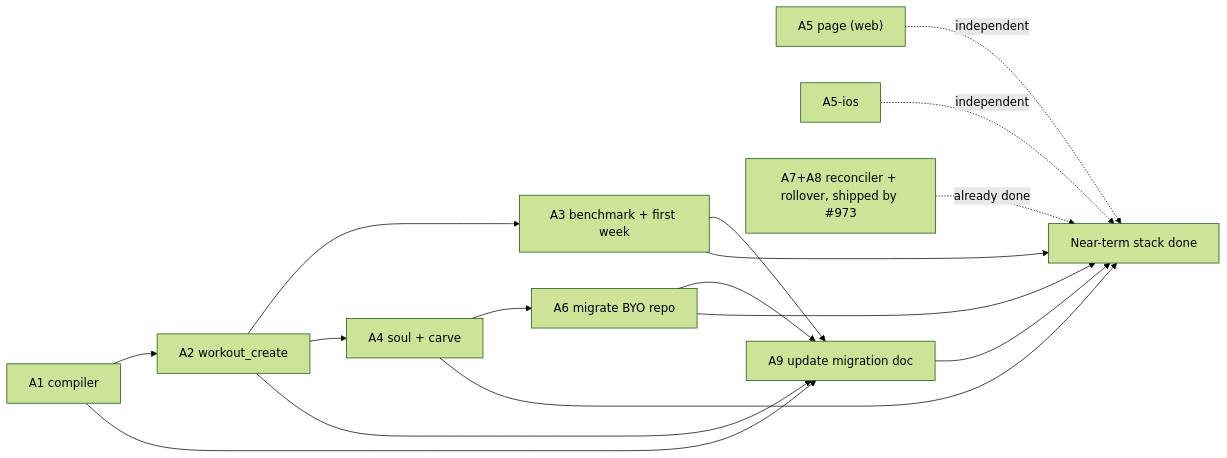
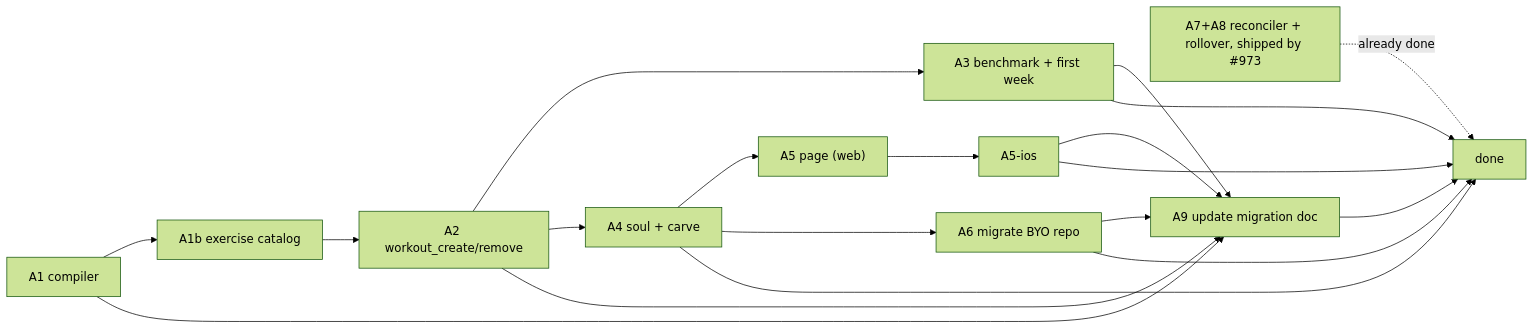
One commit to sibling-shipyard/coach-hq changed the diagram in docs/plans/workouts-redesign-lld.md. Above: the diagram before and after it, drawn with Mermaid (forest theme). The commit also changed other lines of this file and 1 other file, not shown here.

First line of the commit message:
docs: redesign the workout library into a personalized exercise catalog (#727) (#984)

````diff
--- a/docs/plans/workouts-redesign-lld.md
+++ b/docs/plans/workouts-redesign-lld.md
@@ -52,18 +52,21 @@
 ```mermaid
 flowchart LR
-  A5["A5 page (web)"] -.->|independent| done["Near-term stack done"]
-  A5ios["A5-ios"] -.->|independent| done
-  A1["A1 compiler"] --> A2["A2 workout_create"]
+  A4 --> A5["A5 page (web)"]
+  A5 --> A5ios["A5-ios"]
+  A1["A1 compiler"] --> A1b["A1b exercise catalog"]
+  A1b --> A2["A2 workout_create/remove"]
   A2 --> A3["A3 benchmark + first week"]
   A2 --> A4["A4 soul + carve"]
   A4 --> A6["A6 migrate BYO repo"]
   A73["A7+A8 reconciler + rollover, shipped by #973"] -.->|already done| done
   A1 --> A9["A9 update migration doc"]
   A2 --> A9
   A3 --> A9
+  A5ios --> A9
   A6 --> A9
   A3 --> done
   A4 --> done
+  A5ios --> done
   A6 --> done
   A9 --> done
 ```
````
